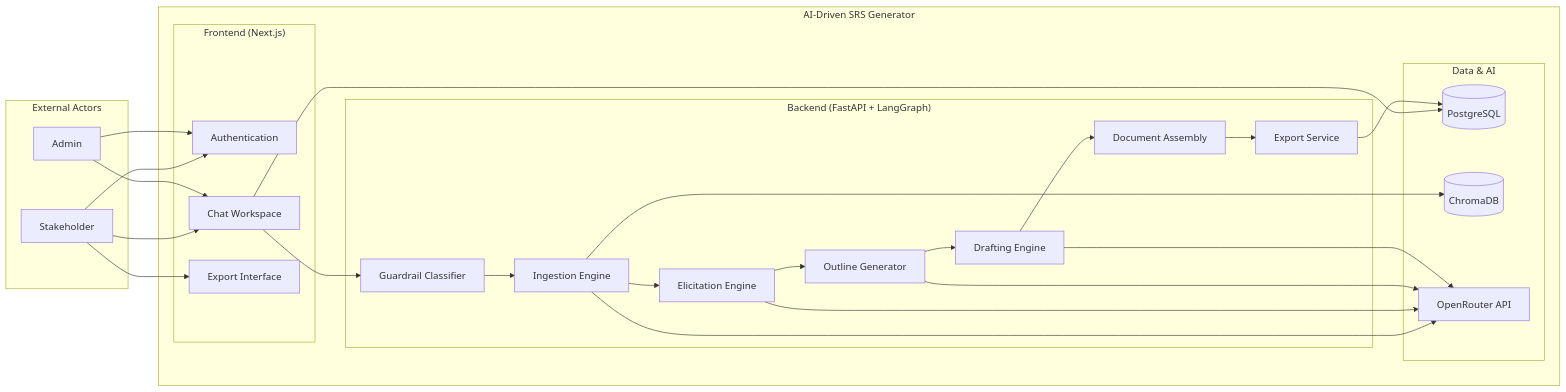
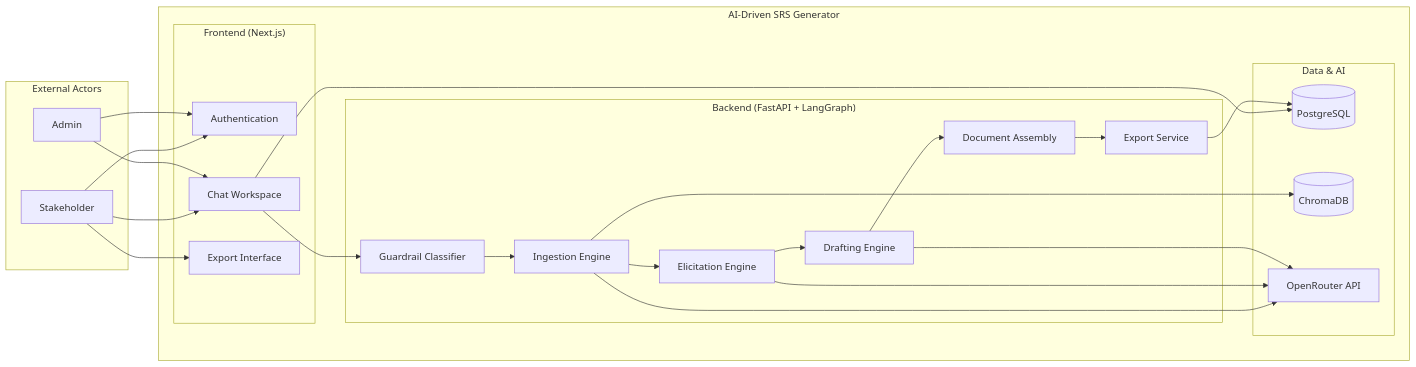
One commit to Ta1al/automated-SRS-generator changed the second of 2 diagrams in documentation/use_case_diagram.md. Above: the diagram before and after it, drawn with Mermaid. The commit also changed other lines of this file and 5 other files, not shown here.

Commit message:
refactor: update documentation to reflect removal of outline generation and approval phases, and clarify diagram generation process

````diff
--- a/documentation/use_case_diagram.md
+++ b/documentation/use_case_diagram.md
@@ -65,54 +60,51 @@
 ```mermaid
 flowchart LR
     subgraph ExternalActors["External Actors"]
         Stakeholder
         Admin
     end
 
     subgraph System["AI-Driven SRS Generator"]
         subgraph FrontendLayer["Frontend (Next.js)"]
             Auth[Authentication]
             ChatUI[Chat Workspace]
             ExportUI[Export Interface]
         end
 
         subgraph BackendLayer["Backend (FastAPI + LangGraph)"]
             Guardrail[Guardrail Classifier]
             Ingestion[Ingestion Engine]
             Elicitation[Elicitation Engine]
-            Outline[Outline Generator]
             Drafting[Drafting Engine]
             Assembly[Document Assembly]
             Export[Export Service]
         end
 
         subgraph DataLayer["Data & AI"]
             DB[(PostgreSQL)]
             Vector[(ChromaDB)]
             LLM[OpenRouter API]
         end
     end
 
     Stakeholder --> Auth
     Stakeholder --> ChatUI
     Stakeholder --> ExportUI
     Admin --> Auth
     Admin --> ChatUI
 
     ChatUI --> Guardrail
     Guardrail --> Ingestion
     Ingestion --> Elicitation
-    Elicitation --> Outline
-    Outline --> Drafting
+    Elicitation --> Drafting
     Drafting --> Assembly
     Assembly --> Export
 
     Ingestion --> LLM
     Ingestion --> Vector
     Elicitation --> LLM
-    Outline --> LLM
     Drafting --> LLM
 
     ChatUI --> DB
     Export --> DB
 ```
````
